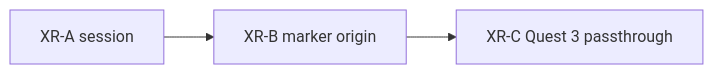
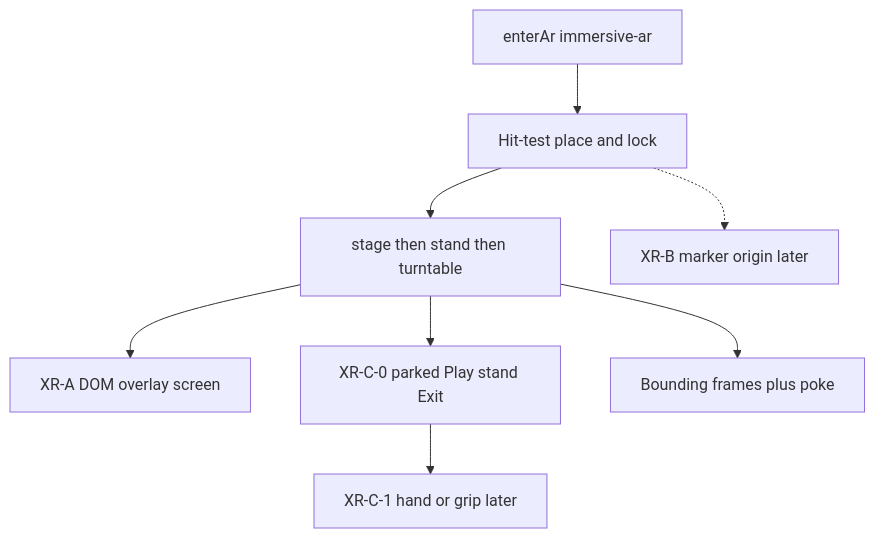
One commit to PiMaV/DONNER changed the diagram in backlog.md. Above: the diagram before and after it, drawn with Mermaid. The commit also changed other lines of this file and 33 other files, not shown here.

````diff
--- a/backlog.md
+++ b/backlog.md
@@ -100,7 +142,17 @@
 ```mermaid
-flowchart LR
-  xra[XR-A session]
-  xrb[XR-B marker origin]
-  xrc[XR-C Quest 3 passthrough]
-  xra --> xrb --> xrc
+flowchart TB
+  enter[enterAr immersive-ar]
+  place[Hit-test place and lock]
+  volume[stage then stand then turntable]
+  overlay[XR-A DOM overlay screen]
+  hud[XR-C-0 parked Play stand Exit]
+  frames[Bounding frames plus poke]
+  hands[XR-C-1 hand or grip later]
+  marker[XR-B marker origin later]
+  enter --> place --> volume
+  volume --> overlay
+  volume --> hud
+  volume --> frames
+  hud --> hands
+  place -.-> marker
 ```
````
